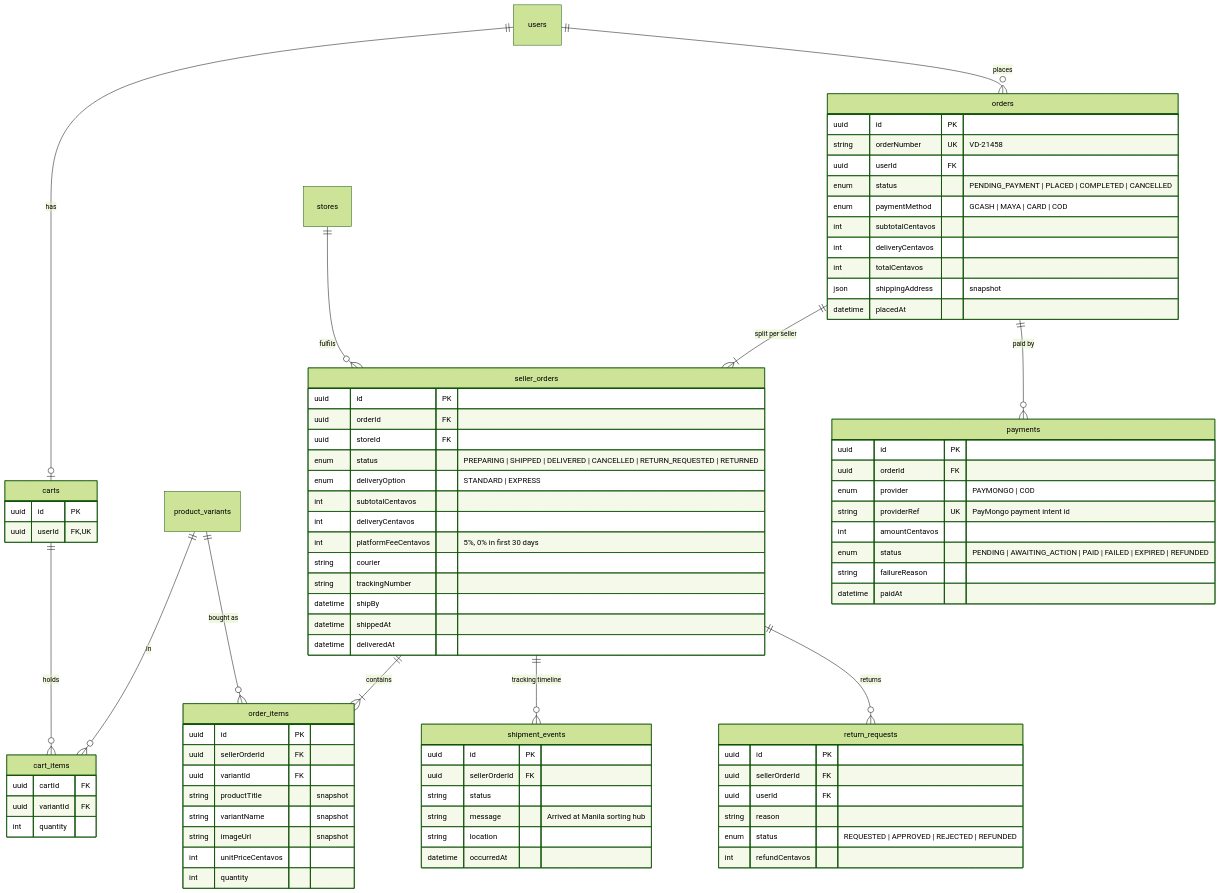
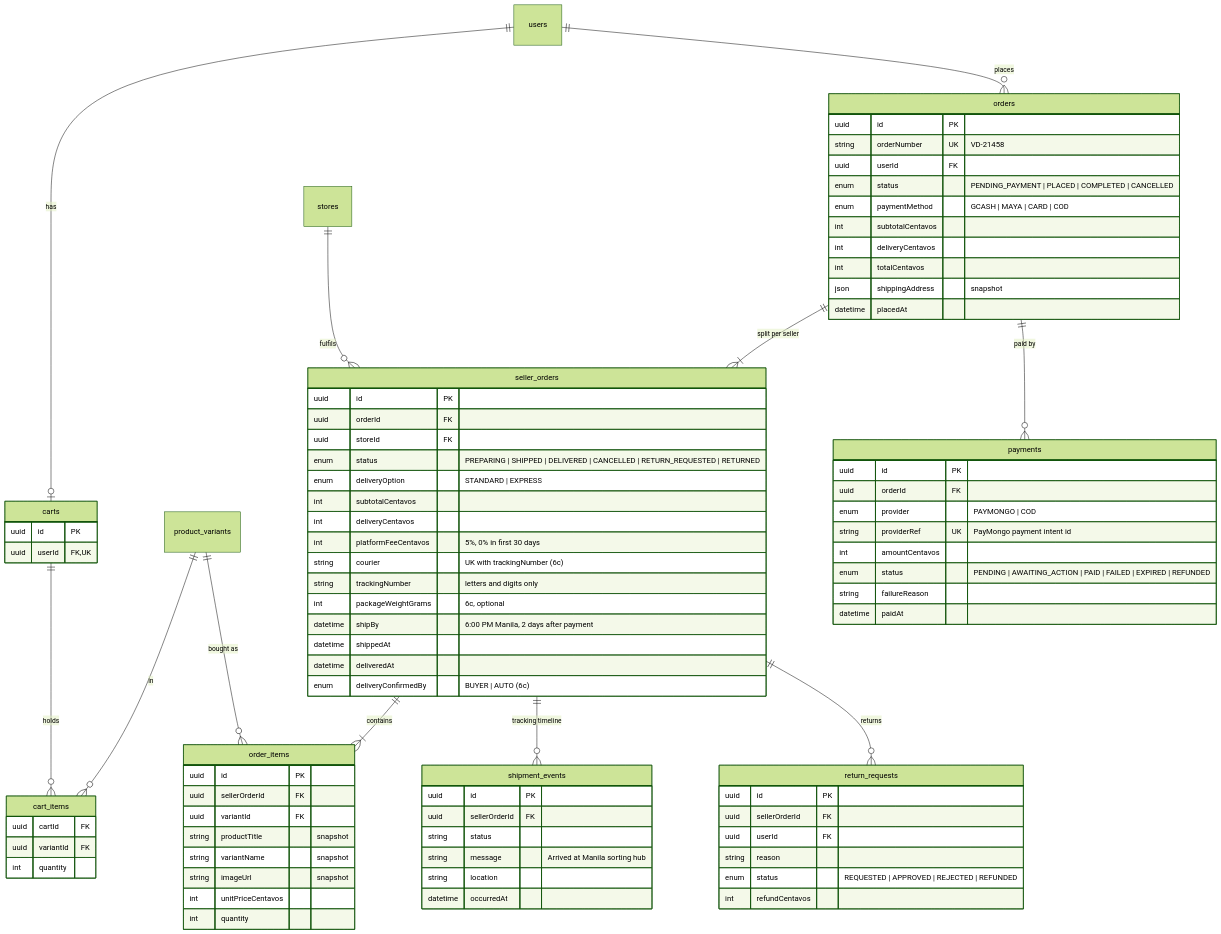
One commit to Justin-25/E-commerce-FullStack-project changed the fourth of 5 diagrams in backend/docs/database-design.md. Above: the diagram before and after it, drawn with Mermaid (forest theme). The commit also changed other lines of this file and 30 other files, not shown here.

```diff
--- a/backend/docs/database-design.md
+++ b/backend/docs/database-design.md
@@ -320,11 +321,13 @@
     int subtotalCentavos
     int deliveryCentavos
     int platformFeeCentavos "5%, 0% in first 30 days"
-    string courier
-    string trackingNumber
-    datetime shipBy
+    string courier "UK with trackingNumber (6c)"
+    string trackingNumber "letters and digits only"
+    int packageWeightGrams "6c, optional"
+    datetime shipBy "6:00 PM Manila, 2 days after payment"
     datetime shippedAt
     datetime deliveredAt
+    enum deliveryConfirmedBy "BUYER | AUTO (6c)"
   }
   order_items {
     uuid id PK
```
